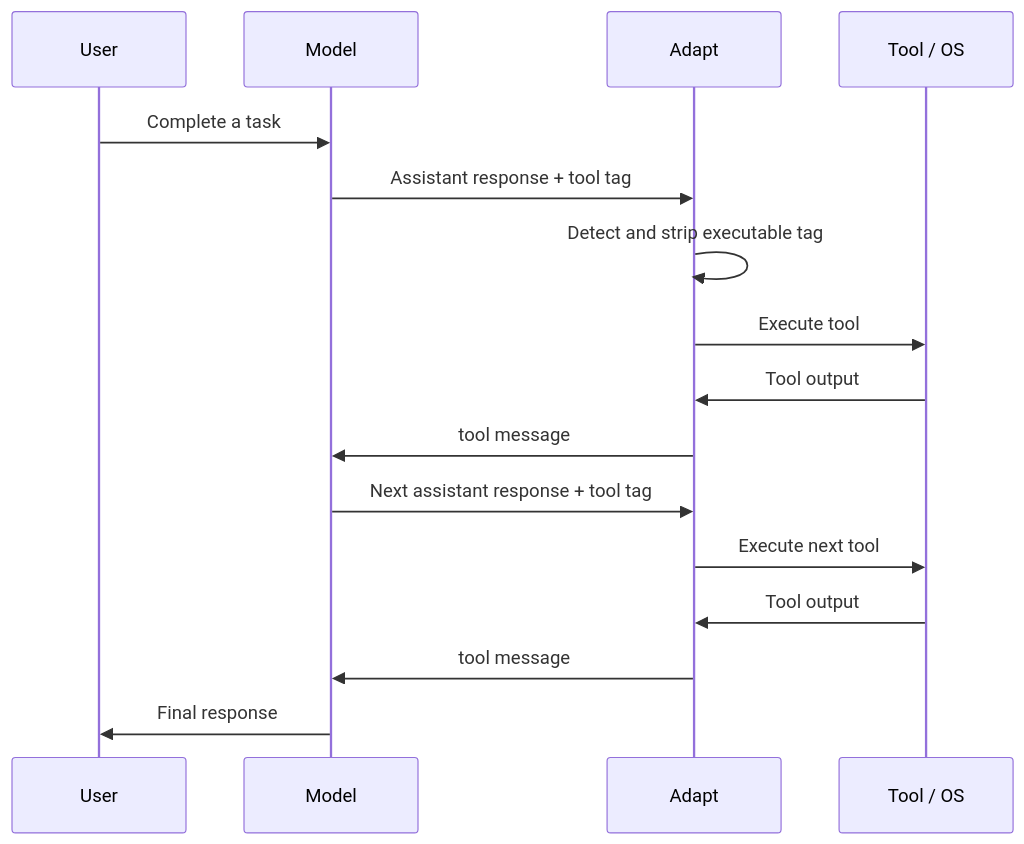
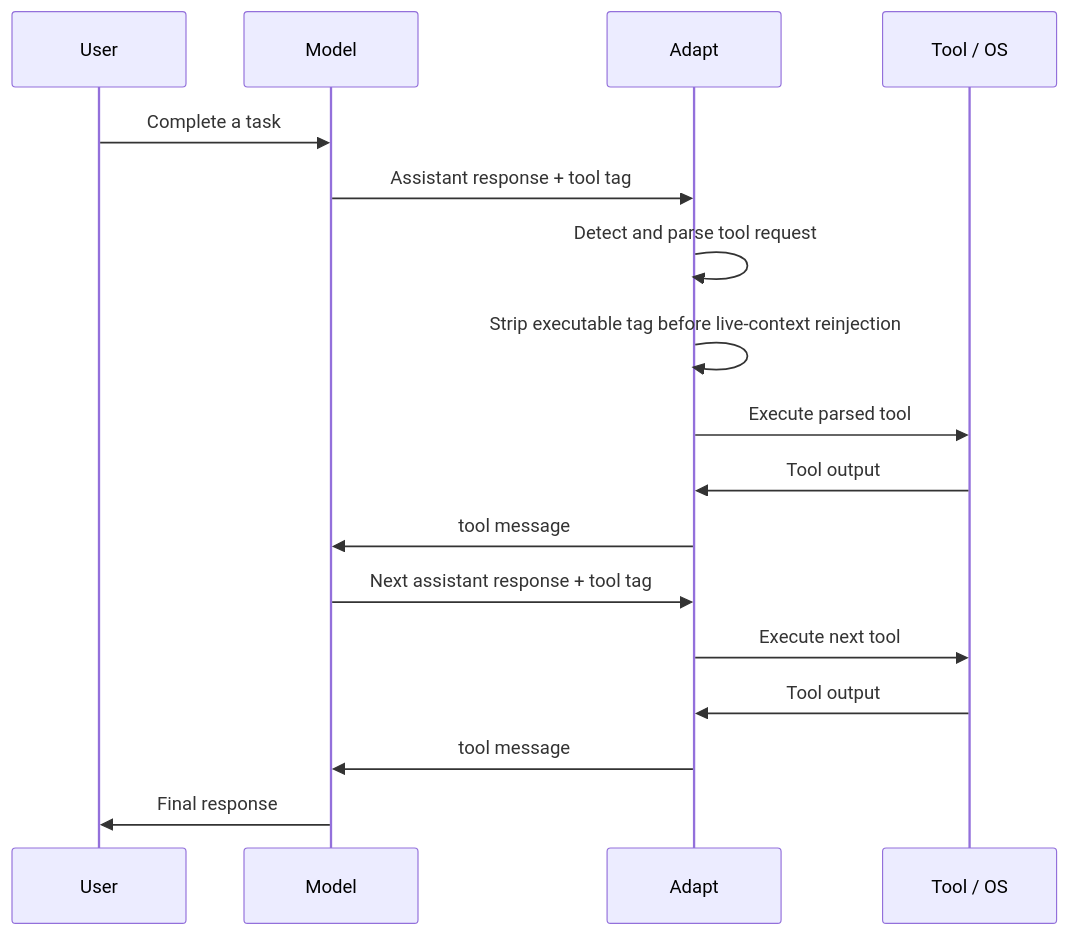
Before and after one commit to charlesericwilson-portfolio/Echo_Adapt_v5: the second of 8 diagrams in README.md, drawn with Mermaid. The commit also changed other lines of this file, not shown here.

````diff
--- a/README.md
+++ b/README.md
@@ -607,19 +608,20 @@
 ```mermaid
 sequenceDiagram
     participant U as User
     participant M as Model
     participant A as Adapt
     participant T as Tool / OS
 
     U->>M: Complete a task
     M->>A: Assistant response + tool tag
-    A->>A: Detect and strip executable tag
-    A->>T: Execute tool
+    A->>A: Detect and parse tool request
+    A->>A: Strip executable tag before live-context reinjection
+    A->>T: Execute parsed tool
     T->>A: Tool output
     A->>M: tool message
     M->>A: Next assistant response + tool tag
     A->>T: Execute next tool
     T->>A: Tool output
     A->>M: tool message
     M->>U: Final response
 ```
````
